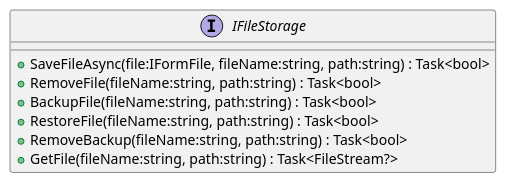
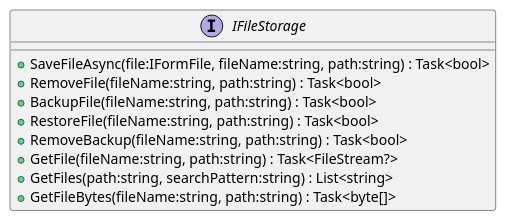
Before and after one commit to cutehusky/SoftwareDesignProject: the diagram in Main/Doc/Repositories/IFileStorage.puml, drawn with PlantUML. The commit also changed 131 other files, not shown here.

Commit message:
doc: class diagram and c4 model

```diff
--- a/Main/Doc/Repositories/IFileStorage.puml
+++ b/Main/Doc/Repositories/IFileStorage.puml
@@ -1,10 +1,12 @@
 @startuml
 interface IFileStorage {
     + SaveFileAsync(file:IFormFile, fileName:string, path:string) : Task<bool>
     + RemoveFile(fileName:string, path:string) : Task<bool>
     + BackupFile(fileName:string, path:string) : Task<bool>
     + RestoreFile(fileName:string, path:string) : Task<bool>
     + RemoveBackup(fileName:string, path:string) : Task<bool>
     + GetFile(fileName:string, path:string) : Task<FileStream?>
+    + GetFiles(path:string, searchPattern:string) : List<string>
+    + GetFileBytes(fileName:string, path:string) : Task<byte[]>
 }
 @enduml
```
